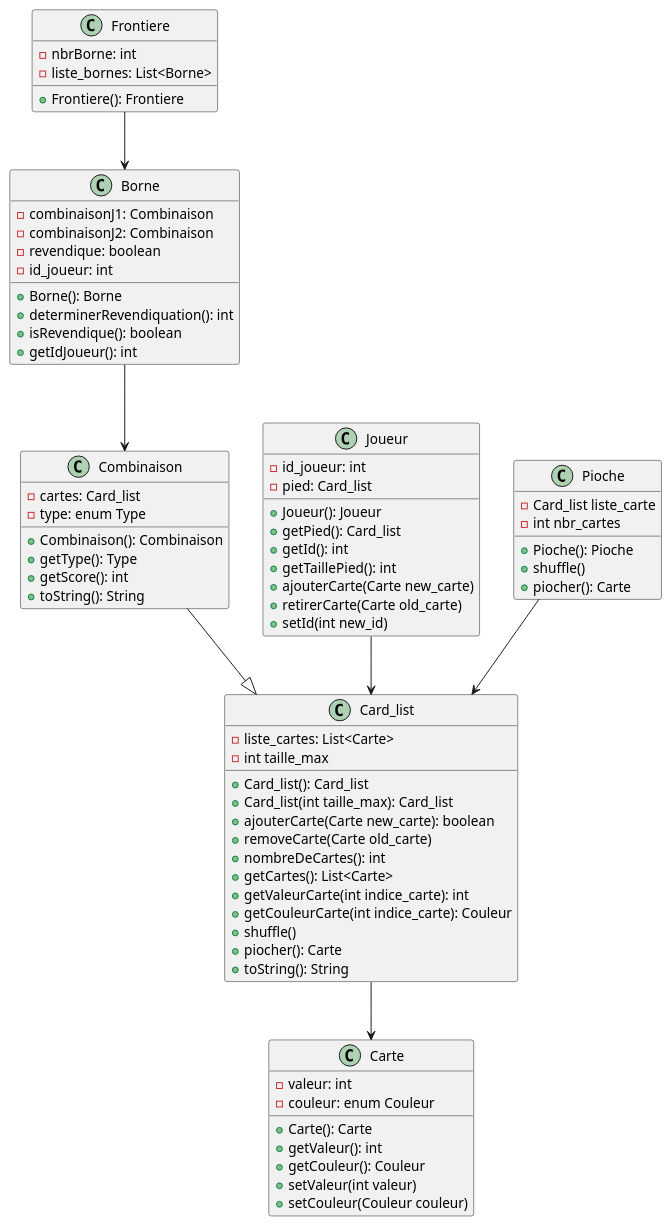
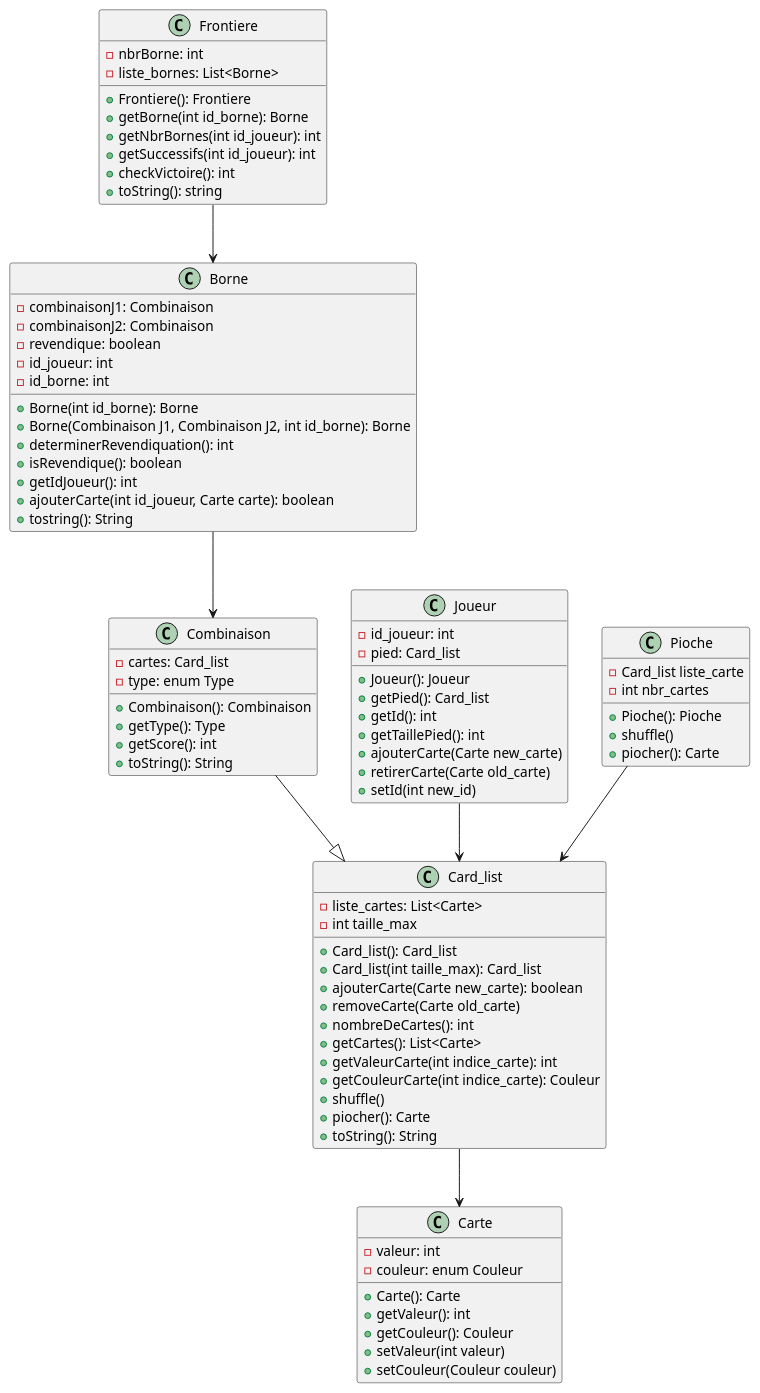
One commit to Pagatok/pg220 changed the diagram in src/diagrams/model.puml. Above: the diagram before and after it, drawn with PlantUML. The commit also changed 6 other files, not shown here.

```diff
--- a/src/diagrams/model.puml
+++ b/src/diagrams/model.puml
@@ -1,85 +1,94 @@
 @startuml model
 
 class Carte{
     - valeur: int
     - couleur: enum Couleur
     + Carte(): Carte
     + getValeur(): int
     + getCouleur(): Couleur
     + setValeur(int valeur)
     + setCouleur(Couleur couleur)
 }
 
 class Combinaison{
     - cartes: Card_list
     - type: enum Type
     + Combinaison(): Combinaison 
     + getType(): Type 
     + getScore(): int 
     + toString(): String
 }
 
 class Joueur{
     - id_joueur: int
     - pied: Card_list
     + Joueur(): Joueur
     + getPied(): Card_list
     + getId(): int
     + getTaillePied(): int
     + ajouterCarte(Carte new_carte)
     + retirerCarte(Carte old_carte)
     + setId(int new_id)
 }
 
 class Card_list{
     - liste_cartes: List<Carte>
     - int taille_max
     + Card_list(): Card_list
     + Card_list(int taille_max): Card_list
     + ajouterCarte(Carte new_carte): boolean
     + removeCarte(Carte old_carte)
     + nombreDeCartes(): int 
     + getCartes(): List<Carte> 
     + getValeurCarte(int indice_carte): int
     + getCouleurCarte(int indice_carte): Couleur
     + shuffle()
     + piocher(): Carte
     + toString(): String   
 }
 
 class Borne{
     - combinaisonJ1: Combinaison
     - combinaisonJ2: Combinaison
     - revendique: boolean
     - id_joueur: int
-    + Borne(): Borne
+    - id_borne: int
+    + Borne(int id_borne): Borne
+    + Borne(Combinaison J1, Combinaison J2, int id_borne): Borne
     + determinerRevendiquation(): int
     + isRevendique(): boolean
     + getIdJoueur(): int
+    + ajouterCarte(int id_joueur, Carte carte): boolean
+    + tostring(): String
 }
 
 class Frontiere{
     - nbrBorne: int
     - liste_bornes: List<Borne>
     + Frontiere(): Frontiere
+    + getBorne(int id_borne): Borne
+    + getNbrBornes(int id_joueur): int
+    + getSuccessifs(int id_joueur): int
+    + checkVictoire(): int
+    + toString(): string
 }
 
 
 class Pioche{
     - Card_list liste_carte
     - int nbr_cartes
     + Pioche(): Pioche
     + shuffle()
     + piocher(): Carte
 
 }
 
 Combinaison --|> Card_list
 Joueur --> Card_list
 Card_list --> Carte
 Borne --> Combinaison
 Frontiere --> Borne
 Pioche --> Card_list
 
 
 @enduml
```
